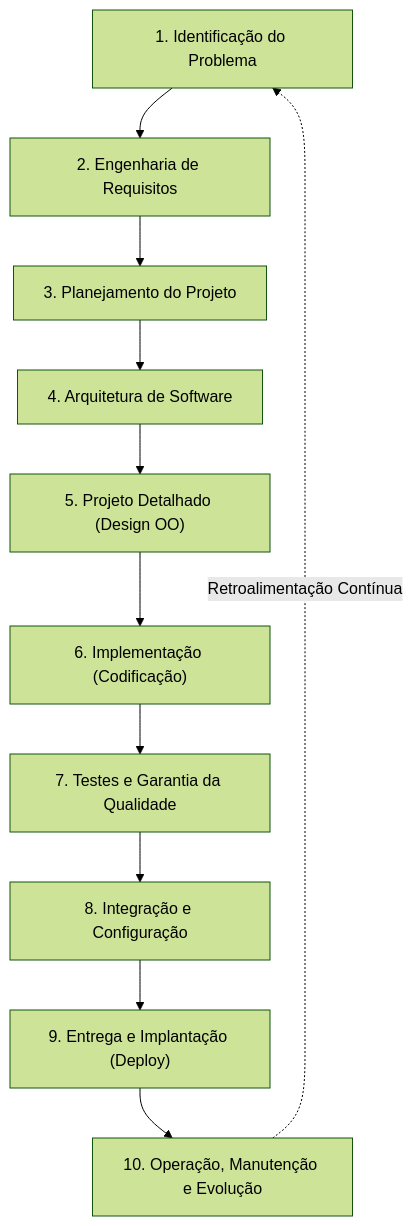
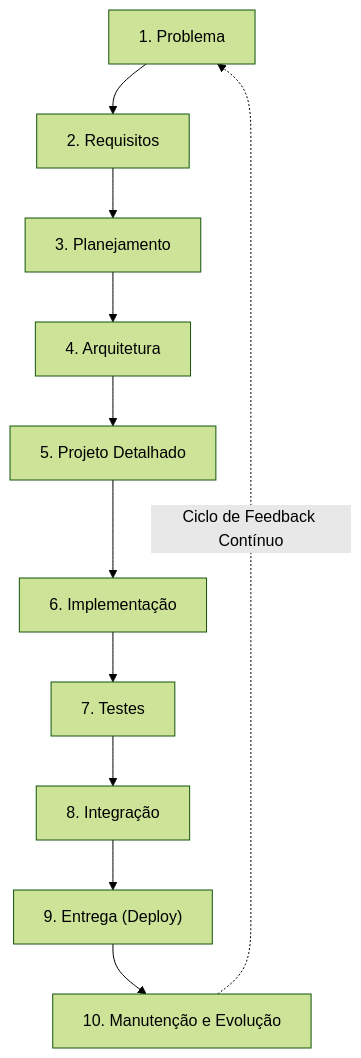
The third of 24 diagrams in 4º Semestre/[Prof. Wesley Soares] Engenharia de Software II/Resumos-IA/Simulados-Comentados.md (murilolol/unifef), drawn with Mermaid (forest theme) before and after one commit. The commit also changed other lines of this file and 58 other files, not shown here.

````diff
--- a/4º Semestre/[Prof. Wesley Soares] Engenharia de Software II/Resumos-IA/Simulados-Comentados.md
+++ b/4º Semestre/[Prof. Wesley Soares] Engenharia de Software II/Resumos-IA/Simulados-Comentados.md
@@ -189,13 +134,13 @@
 ```mermaid
 flowchart TD
-    F1["1. Identificação do Problema"] --> F2["2. Engenharia de Requisitos"]
-    F2 --> F3["3. Planejamento do Projeto"]
-    F3 --> F4["4. Arquitetura de Software"]
-    F4 --> F5["5. Projeto Detalhado (Design OO)"]
-    F5 --> F6["6. Implementação (Codificação)"]
-    F6 --> F7["7. Testes e Garantia da Qualidade"]
-    F7 --> F8["8. Integração e Configuração"]
-    F8 --> F9["9. Entrega e Implantação (Deploy)"]
-    F9 --> F10["10. Operação, Manutenção e Evolução"]
-    F10 -.->|"Retroalimentação Contínua"| F1
+    F1["1. Problema"] --> F2["2. Requisitos"]
+    F2 --> F3["3. Planejamento"]
+    F3 --> F4["4. Arquitetura"]
+    F4 --> F5["5. Projeto Detalhado"]
+    F5 --> F6["6. Implementação"]
+    F6 --> F7["7. Testes"]
+    F7 --> F8["8. Integração"]
+    F8 --> F9["9. Entrega (Deploy)"]
+    F9 --> F10["10. Manutenção e Evolução"]
+    F10 -.->|"Ciclo de Feedback Contínuo"| F1
 ```
````
